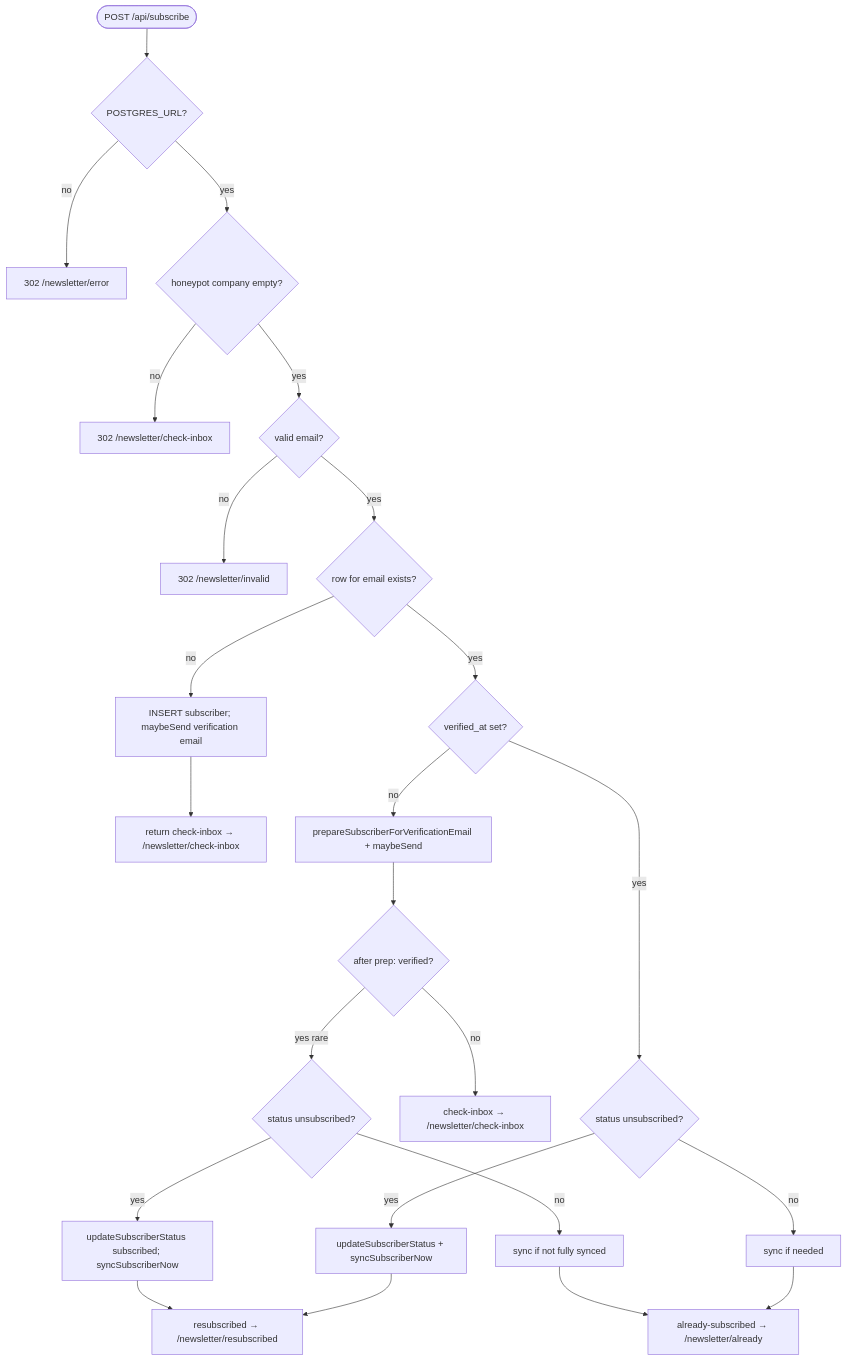
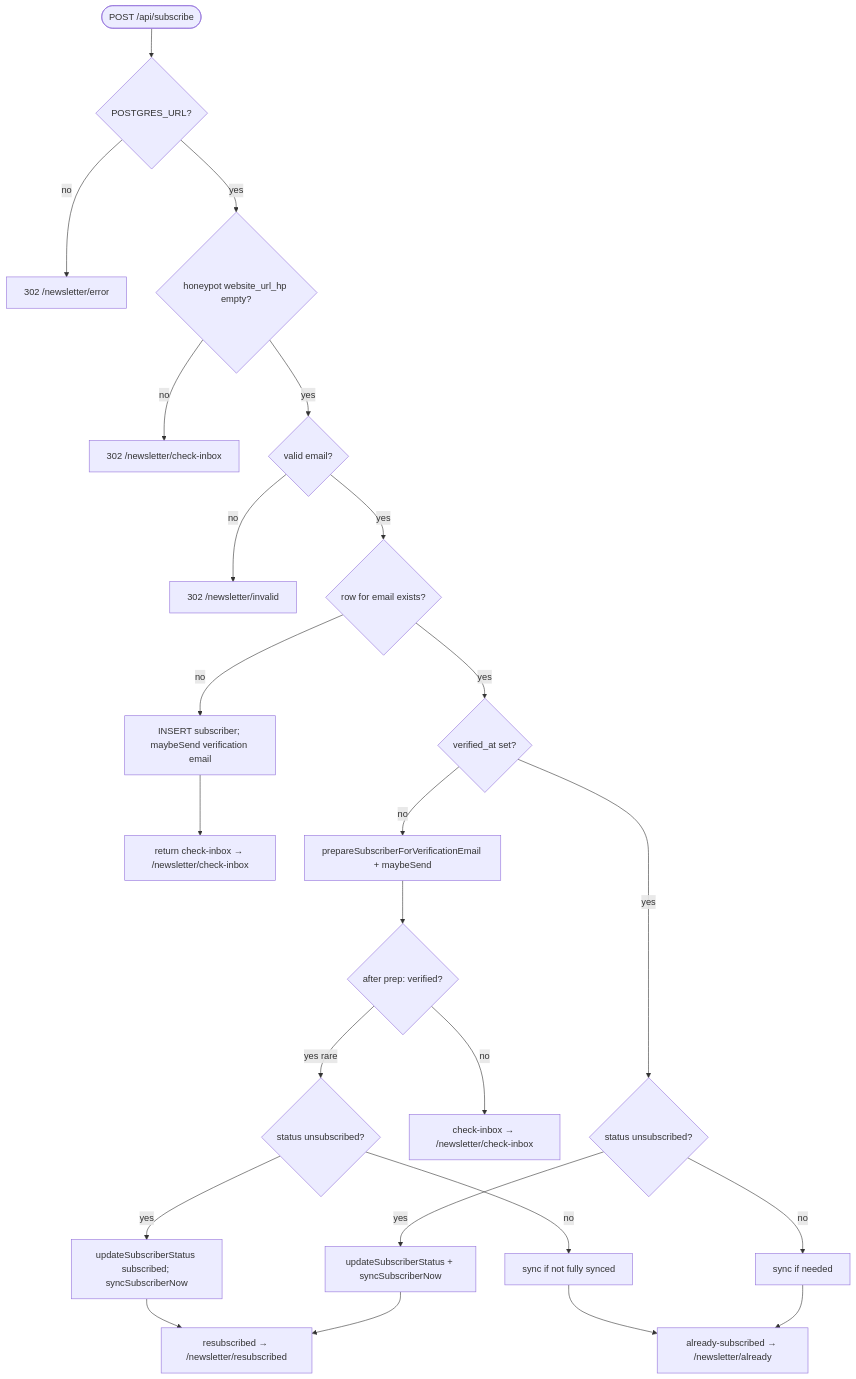
One commit to dmytro-afonin/labdm-blog changed the first of 3 diagrams in obsidian-docs/07-Newsletter-subscriber-flows.md. Above: the diagram before and after it, drawn with Mermaid. The commit also changed other lines of this file and 3 other files, not shown here.

````diff
--- a/obsidian-docs/07-Newsletter-subscriber-flows.md
+++ b/obsidian-docs/07-Newsletter-subscriber-flows.md
@@ -40,26 +40,26 @@
 ```mermaid
 flowchart TD
   Start([POST /api/subscribe]) --> DB{POSTGRES_URL?}
   DB -->|no| E1["302 /newsletter/error"]
-  DB -->|yes| H{honeypot company empty?}
+  DB -->|yes| H{honeypot website_url_hp empty?}
   H -->|no| CI1["302 /newsletter/check-inbox"]
   H -->|yes| Em{valid email?}
   Em -->|no| Inv["302 /newsletter/invalid"]
   Em -->|yes| Row{row for email exists?}
   Row -->|no| Create["INSERT subscriber; maybeSend verification email"]
   Create --> R1["return check-inbox → /newsletter/check-inbox"]
   Row -->|yes| Unver{verified_at set?}
   Unver -->|no| Prep["prepareSubscriberForVerificationEmail + maybeSend"]
   Prep --> Edge{after prep: verified?}
   Edge -->|yes rare| Unsub1{status unsubscribed?}
   Unsub1 -->|yes| SyncR["updateSubscriberStatus subscribed; syncSubscriberNow"]
   SyncR --> R2["resubscribed → /newsletter/resubscribed"]
   Unsub1 -->|no| MaybeSync["sync if not fully synced"]
   MaybeSync --> R3["already-subscribed → /newsletter/already"]
   Edge -->|no| R4["check-inbox → /newsletter/check-inbox"]
   Unver -->|yes| Unsub2{status unsubscribed?}
   Unsub2 -->|yes| SyncR2["updateSubscriberStatus + syncSubscriberNow"]
   SyncR2 --> R2
   Unsub2 -->|no| MaybeSync2["sync if needed"]
   MaybeSync2 --> R3
 ```
````
